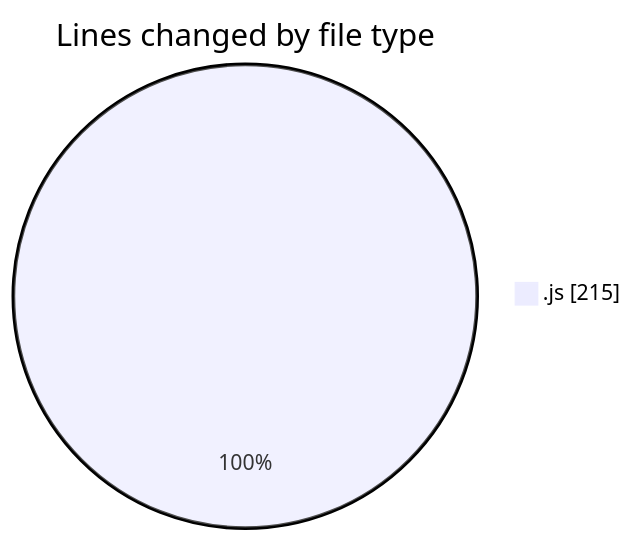
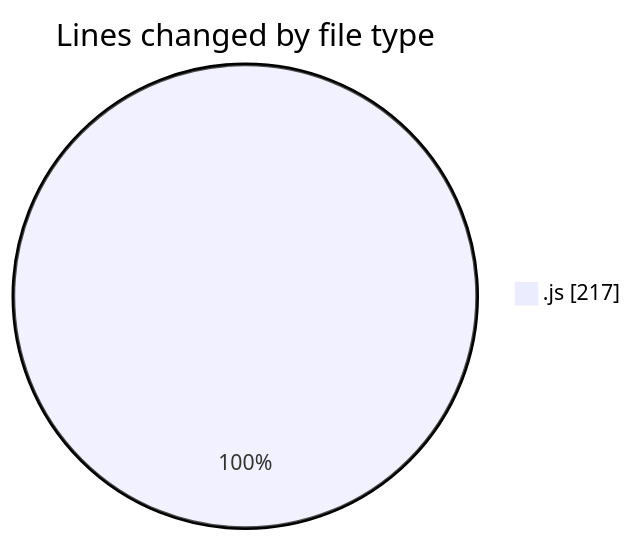
Before and after one commit to momahboobian/code-tracking: the first of 2 diagrams in 2025-02-03/cda/README.md, drawn with Mermaid. The commit also changed other lines of this file and 1 other file, not shown here.

````diff
--- a/2025-02-03/cda/README.md
+++ b/2025-02-03/cda/README.md
@@ -22,5 +22,5 @@
 ```mermaid
 pie showData
 title Lines changed by file type
-".js" : 215
+".js" : 217
 ```
````
